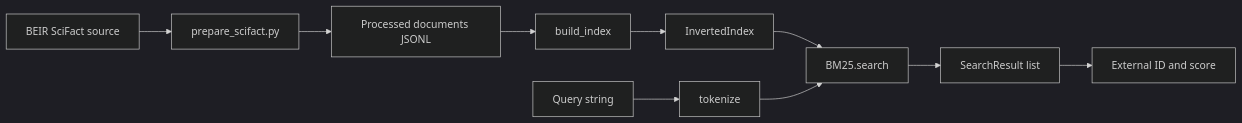
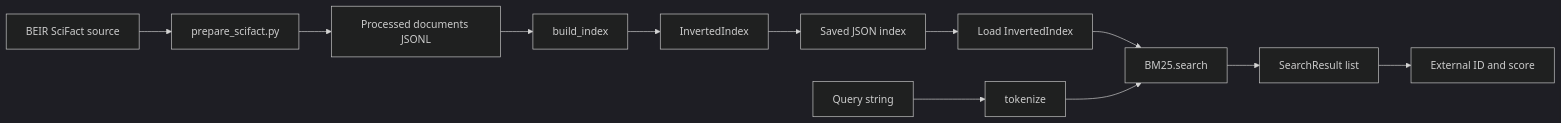
Before and after one commit to jacobkasimir/StrataJanus-IR: the diagram in docs/architecture.md, drawn with Mermaid (dark theme). The commit also changed other lines of this file and 7 other files, not shown here.

````diff
--- a/docs/architecture.md
+++ b/docs/architecture.md
@@ -7,12 +7,14 @@
 ```mermaid
 flowchart LR
     A[BEIR SciFact source] --> B[prepare_scifact.py]
     B --> C[Processed documents JSONL]
     C --> D[build_index]
     D --> E[InvertedIndex]
+    E --> P[Saved JSON index]
     Q[Query string] --> T[tokenize]
-    E --> R[BM25.search]
+    P --> L[Load InvertedIndex]
+    L --> R[BM25.search]
     T --> R
     R --> S[SearchResult list]
     S --> V[External ID and score]
 ```
````
